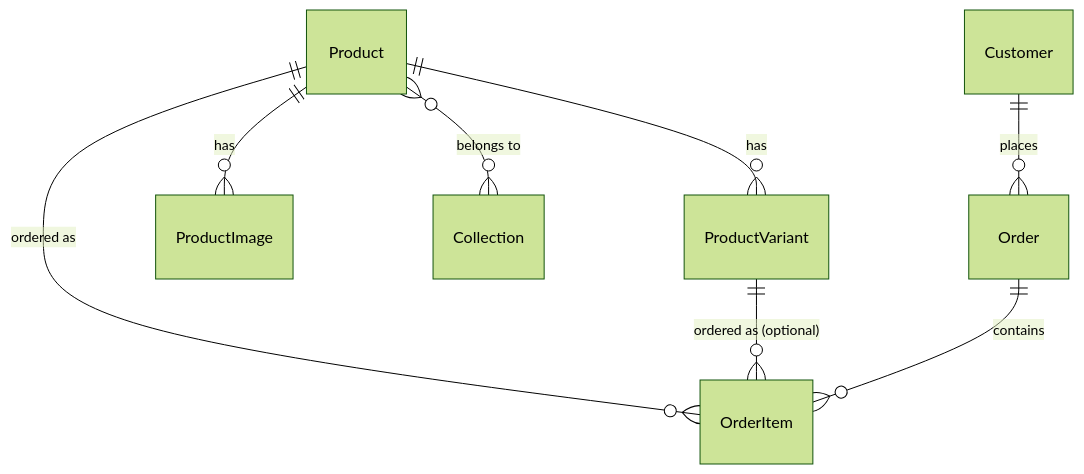
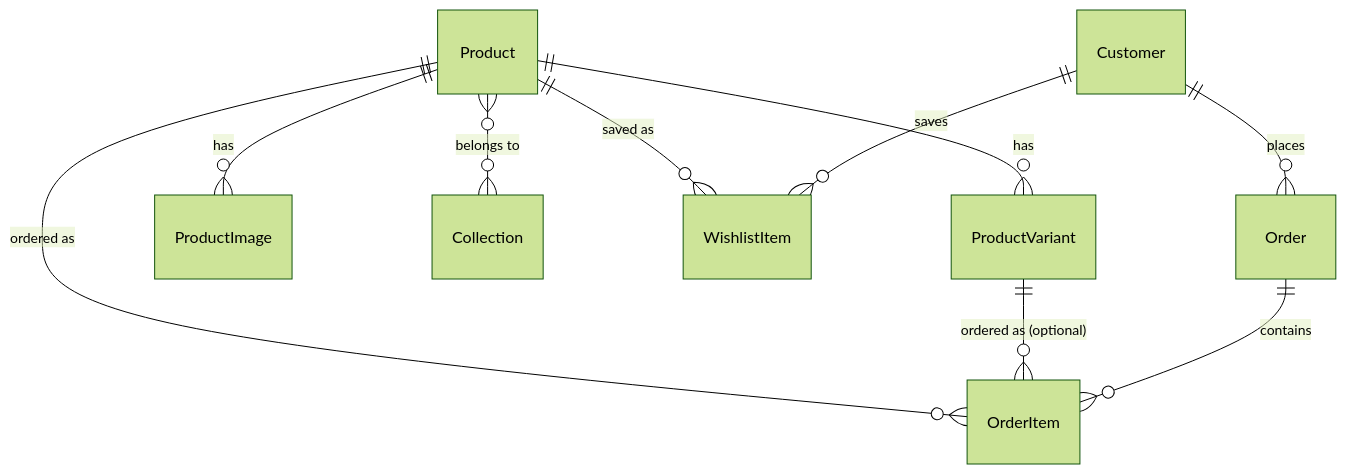
One commit to beautifulforceOrg/beautifulforce changed the fourth of 9 diagrams in docs/architecture.md. Above: the diagram before and after it, drawn with Mermaid (forest theme). The commit also changed other lines of this file and 31 other files, not shown here.

````diff
--- a/docs/architecture.md
+++ b/docs/architecture.md
@@ -135,10 +135,12 @@
 ```mermaid
 erDiagram
   Product ||--o{ ProductVariant : has
   Product ||--o{ ProductImage : has
   Product }o--o{ Collection : "belongs to"
   Product ||--o{ OrderItem : "ordered as"
+  Product ||--o{ WishlistItem : "saved as"
   ProductVariant ||--o{ OrderItem : "ordered as (optional)"
   Order ||--o{ OrderItem : contains
   Customer ||--o{ Order : places
+  Customer ||--o{ WishlistItem : saves
 ```
````
